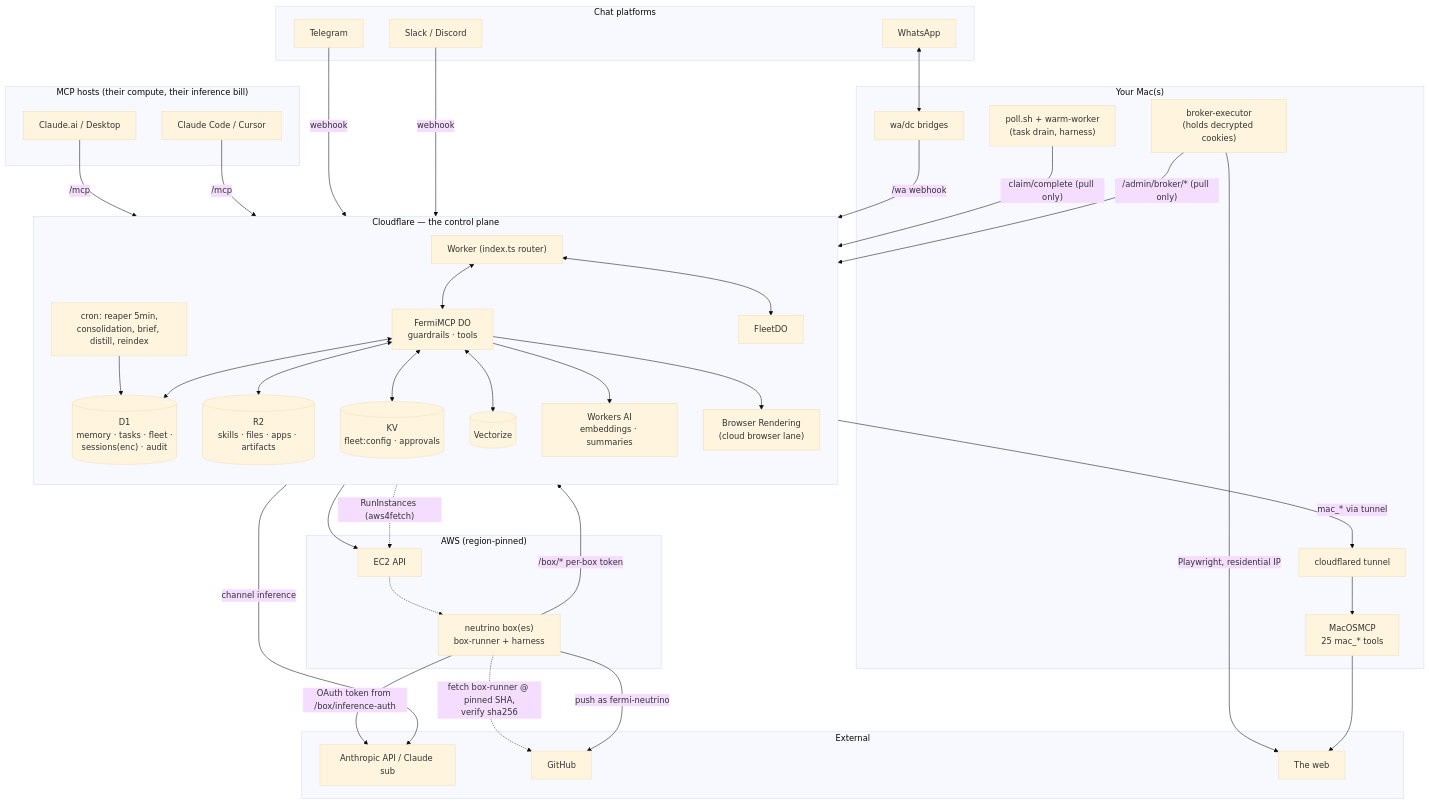
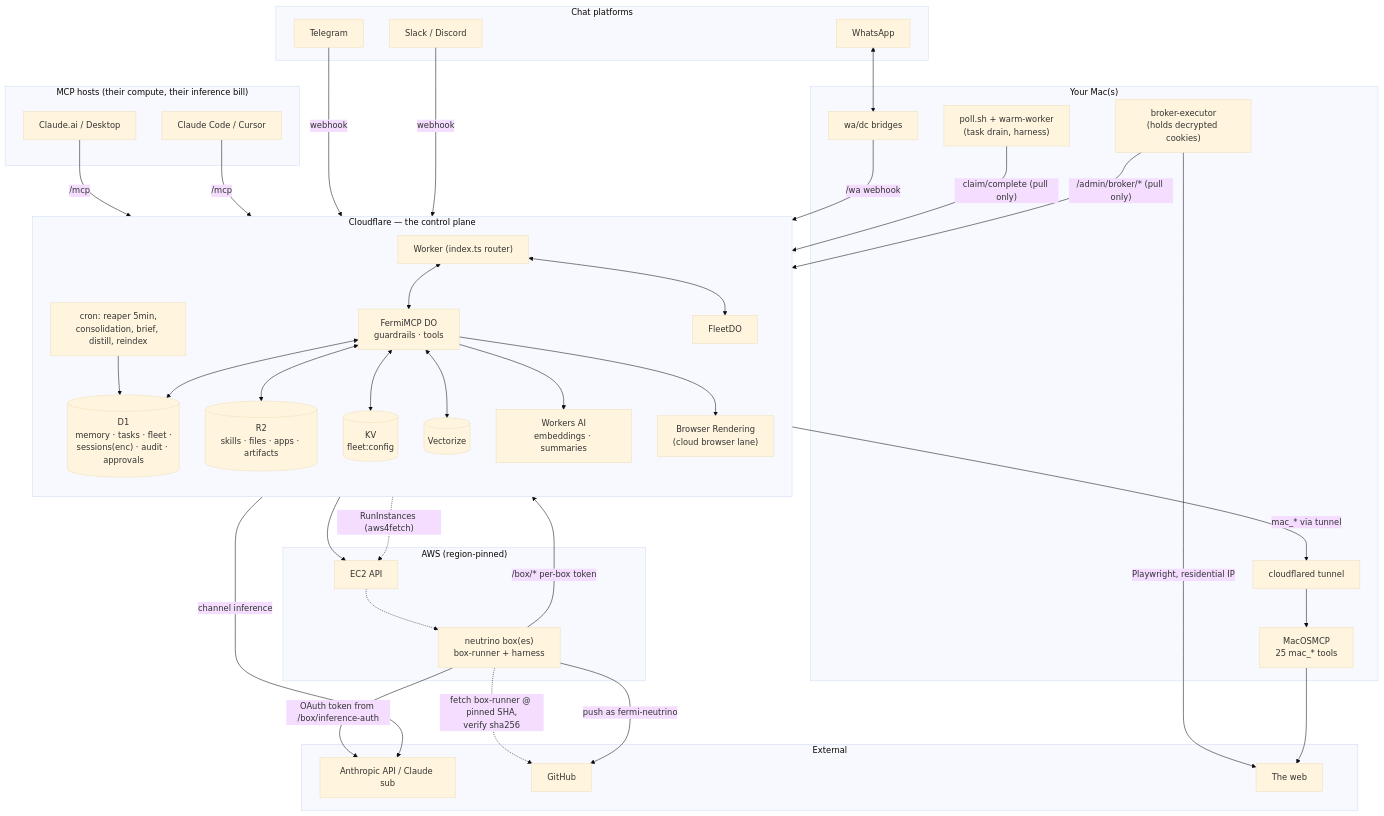
Before and after one commit to abel30567/fermi-mcp: the diagram in docs-site/architecture/system-map.md, drawn with Mermaid (base theme). The commit also changed 9 other files, not shown here.

````diff
--- a/docs-site/architecture/system-map.md
+++ b/docs-site/architecture/system-map.md
@@ -5,78 +5,78 @@
 ```mermaid
 flowchart TB
     subgraph HOSTS["MCP hosts (their compute, their inference bill)"]
       CLAI["Claude.ai / Desktop"]
       CCODE["Claude Code / Cursor"]
     end
 
     subgraph CHAT["Chat platforms"]
       TG["Telegram"]
       SLK["Slack / Discord"]
       WA["WhatsApp"]
     end
 
     subgraph CF["Cloudflare — the control plane"]
       direction TB
       W["Worker (index.ts router)"]
       DO["FermiMCP DO<br/>guardrails · tools"]
       FDO["FleetDO"]
       CRON["cron: reaper 5min,<br/>consolidation, brief, distill, reindex"]
-      D1[("D1<br/>memory · tasks · fleet ·<br/>sessions(enc) · audit")]
+      D1[("D1<br/>memory · tasks · fleet ·<br/>sessions(enc) · audit · approvals")]
       R2[("R2<br/>skills · files · apps · artifacts")]
-      KV[("KV<br/>fleet:config · approvals")]
+      KV[("KV<br/>fleet:config")]
       VEC[("Vectorize")]
       WAI["Workers AI<br/>embeddings · summaries"]
       CBR["Browser Rendering<br/>(cloud browser lane)"]
     end
 
     subgraph MAC["Your Mac(s)"]
       POLL["poll.sh + warm-worker<br/>(task drain, harness)"]
       BRIDGE["wa/dc bridges"]
       BEXEC["broker-executor<br/>(holds decrypted cookies)"]
       MMCP["MacOSMCP<br/>25 mac_* tools"]
       TUN["cloudflared tunnel"]
     end
 
     subgraph AWS["AWS (region-pinned)"]
       EC2["EC2 API"]
       BOX1["neutrino box(es)<br/>box-runner + harness"]
     end
 
     subgraph EXT["External"]
       ANTH["Anthropic API / Claude sub"]
       GH["GitHub"]
       WEB["The web"]
     end
 
     CLAI -->|/mcp| W
     CCODE -->|/mcp| W
     TG -->|webhook| W
     SLK -->|webhook| W
     WA <--> BRIDGE
     BRIDGE -->|/wa webhook| W
 
     W <--> DO
     DO <--> D1
     DO <--> R2
     DO <--> KV
     DO <--> VEC
     DO --> WAI
     DO --> CBR
     CRON --> D1
     CRON --> EC2
     W <--> FDO
 
     POLL -->|"claim/complete (pull only)"| W
     BEXEC -->|"/admin/broker/* (pull only)"| W
     BEXEC -->|Playwright, residential IP| WEB
     W -->|"mac_* via tunnel"| TUN --> MMCP
     MMCP --> WEB
 
     W -.->|"RunInstances (aws4fetch)"| EC2
     EC2 -.-> BOX1
     BOX1 -.->|"fetch box-runner @ pinned SHA,<br/>verify sha256"| GH
     BOX1 -->|"/box/* per-box token"| W
     BOX1 -->|OAuth token from /box/inference-auth| ANTH
     BOX1 -->|push as fermi-neutrino| GH
     DO -->|channel inference| ANTH
 ```
````
